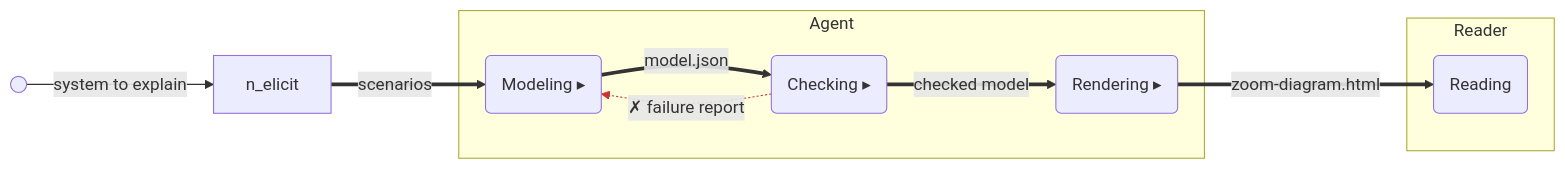
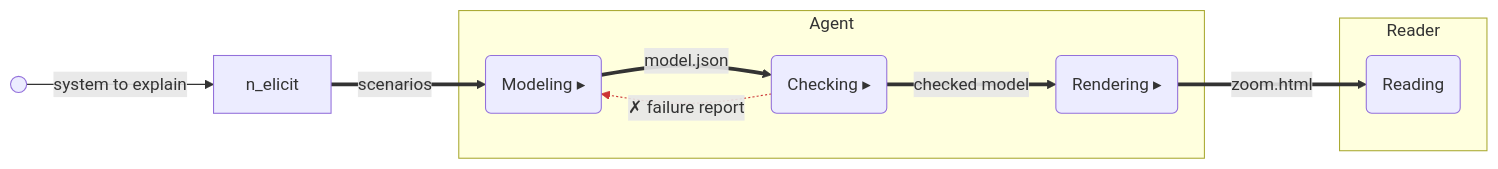
Before and after one commit to kalaluthien/mumu-claude-plugin: the first of 6 diagrams in paperwork/skills/zoom/references/ui/fixtures/self-missing-node.md, drawn with Mermaid. The commit also changed other lines of this file and 71 other files, not shown here.

````diff
--- a/paperwork/skills/zoom/references/ui/fixtures/self-missing-node.md
+++ b/paperwork/skills/zoom/references/ui/fixtures/self-missing-node.md
@@ -16,18 +16,18 @@
 ```mermaid
 flowchart LR
   subgraph p_agent["Agent"]
     n_model("Modeling ▸")
     n_check("Checking ▸")
     n_render("Rendering ▸")
   end
   subgraph p_reader["Reader"]
     n_read("Reading")
   end
   t_0((" ")) -->|"system to explain"| n_elicit
   n_elicit ==>|"scenarios"| n_model
   n_model ==>|"model.json"| n_check
   n_check -.->|"✗ failure report"| n_model
   n_check ==>|"checked model"| n_render
-  n_render ==>|"zoom-diagram.html"| n_read
+  n_render ==>|"zoom.html"| n_read
   linkStyle 3 stroke:#c33
 ```
````
